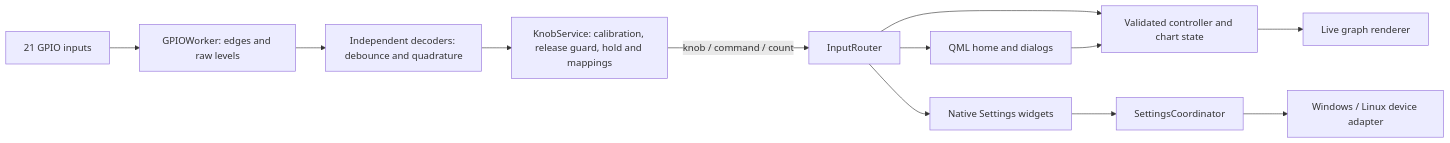
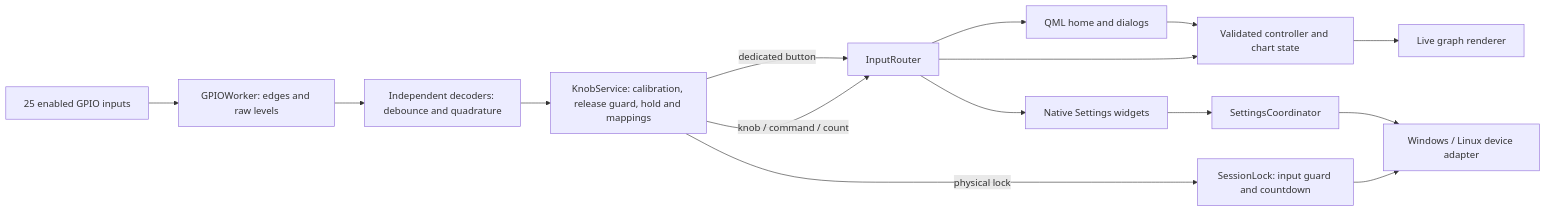
One commit to chilly23/DLC_firmware_repository changed the diagram in APP.md. Above: the diagram before and after it, drawn with Mermaid. The commit also changed other lines of this file and 12 other files, not shown here.

````diff
--- a/APP.md
+++ b/APP.md
@@ -286,14 +409,17 @@
 ```mermaid
 flowchart LR
-  Pins[21 GPIO inputs] --> Capture[GPIOWorker: edges and raw levels]
+  Pins[25 enabled GPIO inputs] --> Capture[GPIOWorker: edges and raw levels]
   Capture --> Decode[Independent decoders: debounce and quadrature]
   Decode --> Service[KnobService: calibration, release guard, hold and mappings]
   Service -->|knob / command / count| Router[InputRouter]
+  Service -->|physical lock| Lock[SessionLock: input guard and countdown]
+  Lock --> Device
+  Service -->|dedicated button| Router
   Router --> Home[QML home and dialogs]
   Router --> Settings[Native Settings widgets]
   Router --> Model[Validated controller and chart state]
   Home --> Model
   Settings --> Coordinator[SettingsCoordinator]
   Coordinator --> Device[Windows / Linux device adapter]
   Model --> Paint[Live graph renderer]
 ```
````
